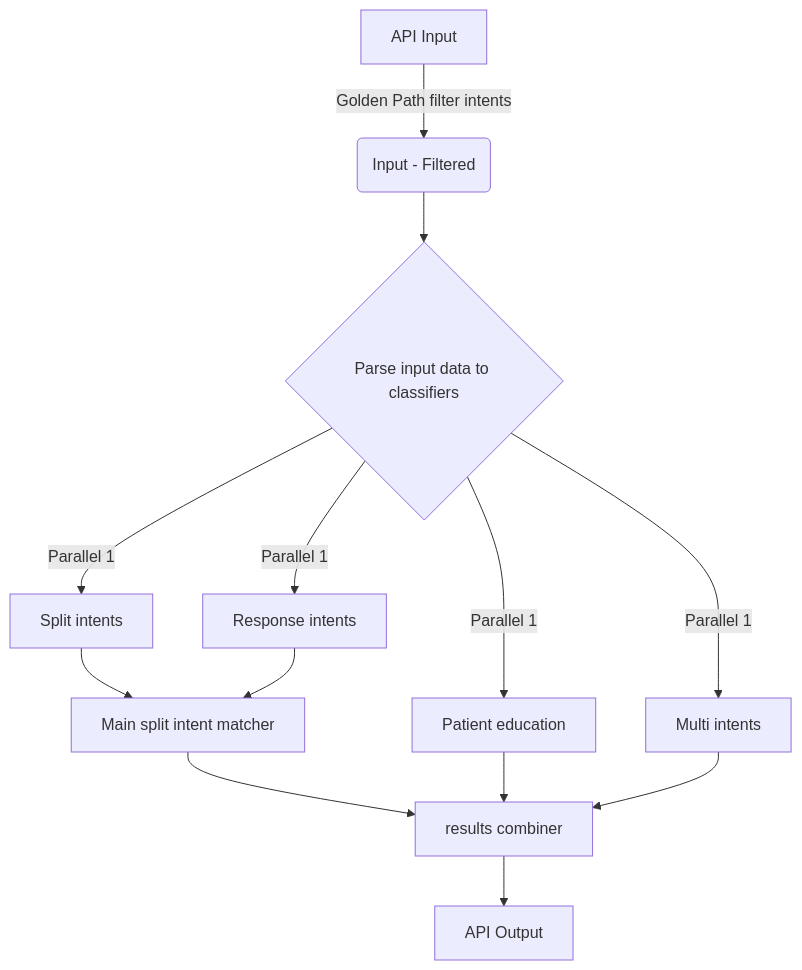
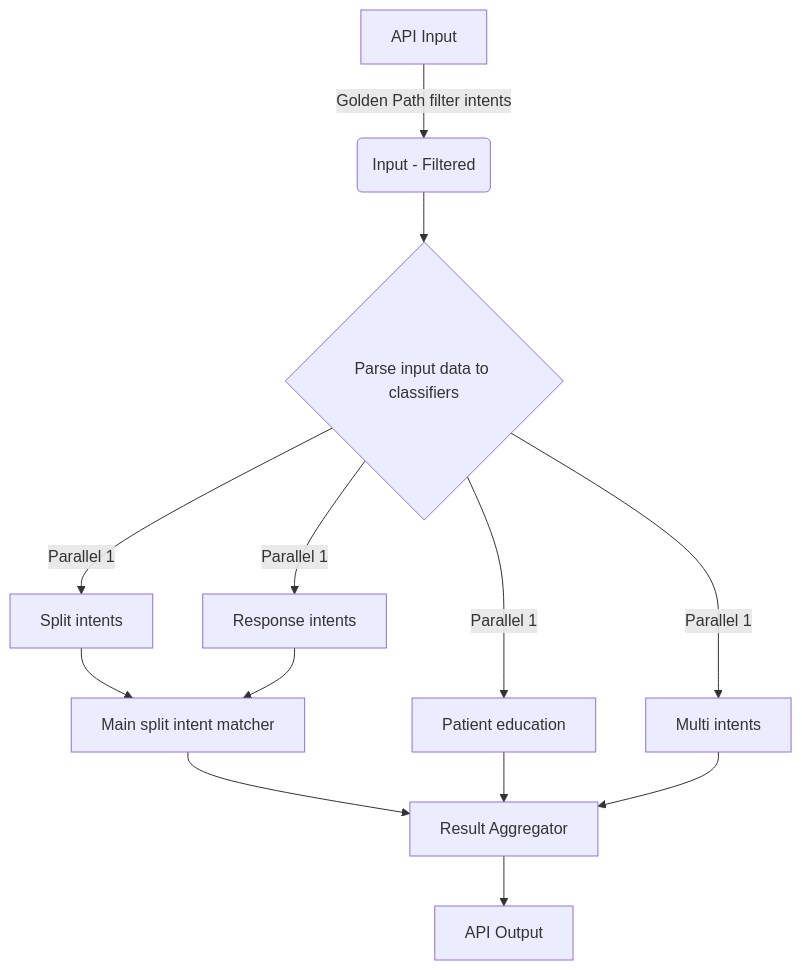
Before and after one commit to sejelaust/hera-intent-classifier-orchestrator: the diagram in TASKS.md, drawn with Mermaid. The commit also changed other lines of this file, not shown here.

````diff
--- a/TASKS.md
+++ b/TASKS.md
@@ -11,17 +11,17 @@
 ```mermaid
 flowchart TD;
     A[API Input] -->|Golden Path filter intents| B(Input - Filtered)
     B --> C{Parse input data to classifiers}
     C -->|Parallel 1| D[Split intents]
     C -->|Parallel 1| E[Response intents]
     C -->|Parallel 1| F[Patient education]
     C -->|Parallel 1| G[Multi intents]
 
     D --> H[Main split intent matcher]
     E --> H
 
-    H -->I[results combiner]
+    H -->I[Result Aggregator]
     F -->I
     G -->I  
     I -->J[API Output]
 ```
````
